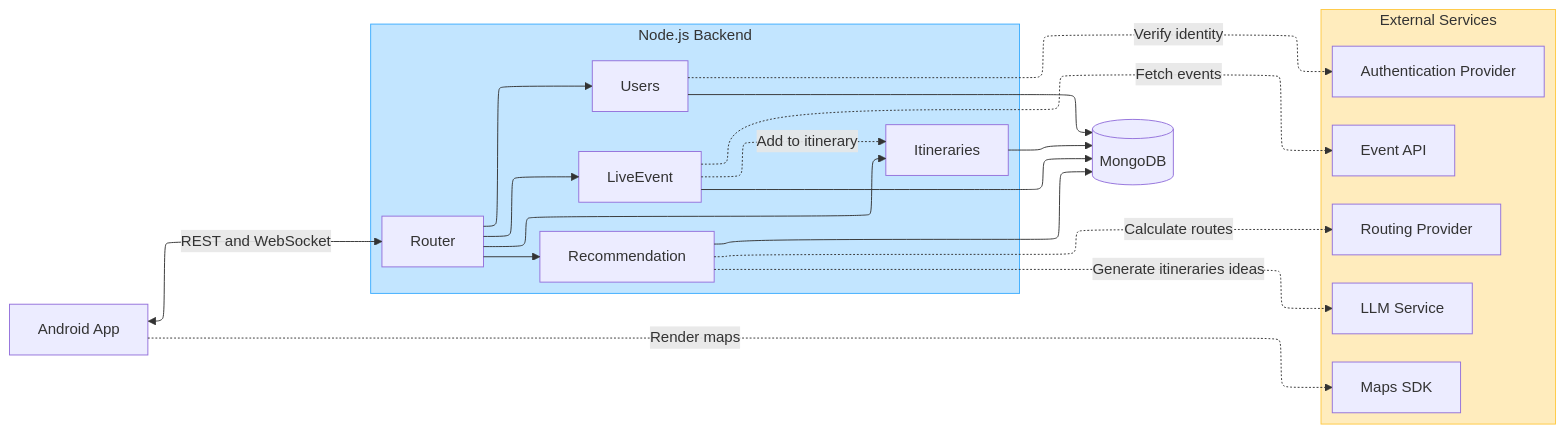
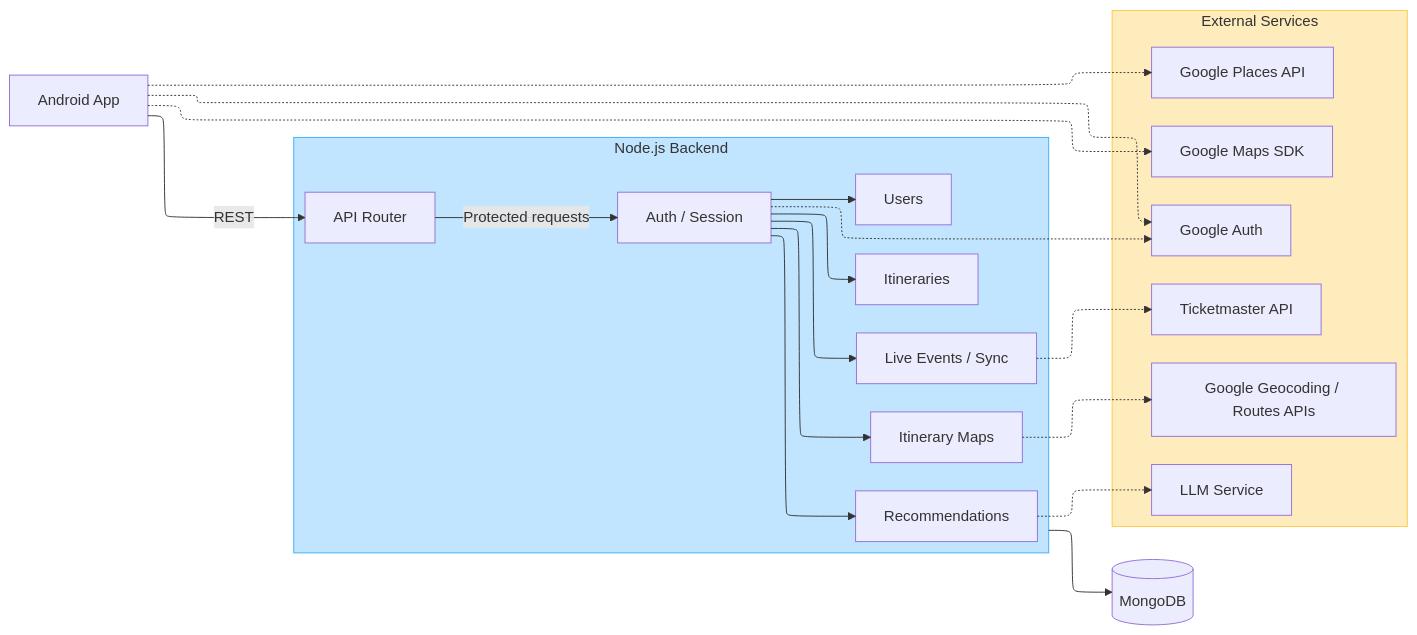
The diagram in documentation/images/dependencies_diagram.mmd (UBC-CPEN-V-321/W2026), drawn with Mermaid before and after one commit. The commit also changed 6 other files, not shown here.

Commit message:
doc: Increase seq diagram resolution; Updated components for dependency diagram

```diff
--- a/documentation/images/dependencies_diagram.mmd
+++ b/documentation/images/dependencies_diagram.mmd
@@ -1,39 +1,43 @@
 ---
 config:
   layout: elk
 ---
 flowchart LR
     android[Android App]
 
     subgraph backend[Node.js Backend]
-        api[Router]
-        account[Users]
+        api[API Router]
+        auth[Auth / Session]
+
+        users[Users]
         itinerary[Itineraries]
-        recommendation[Recommendation]
-        liveEvents[LiveEvent]
+        recommendation[Recommendations]
+        liveEvents[Live Events / Sync]
+        maps[Itinerary Maps]
+
+        api -->|Protected requests| auth
+        auth --> users & itinerary & recommendation & liveEvents & maps
     end
 
     mongo[(MongoDB)]
 
     subgraph external[External Services]
-        authProvider[Authentication Provider]
+        googleAuth[Google Auth]
+        mapsSdk[Google Maps SDK]
+        places[Google Places API]
+        mapsApi[Google Geocoding / Routes APIs]
         llm[LLM Service]
-        routing[Routing Provider]
-        eventApi[Event API]
-        mapsSdk[Maps SDK]
+        eventApi[Ticketmaster API]
     end
 
-    android <-->|REST and WebSocket| api
-    android -.->|Render maps| mapsSdk
+    android -->|REST| api
+    android -.-> googleAuth & mapsSdk & places
 
-    api --> account & itinerary & recommendation & liveEvents
-
-    account & itinerary & recommendation & liveEvents --> mongo
-    account -.->|Verify identity| authProvider
-    recommendation -.->|Generate itineraries ideas| llm
-    recommendation -.->|Calculate routes| routing
-    liveEvents -.->|Fetch events| eventApi
-    liveEvents -.->|Add to itinerary| itinerary
+    auth -.-> googleAuth
+    backend --> mongo
+    recommendation -.-> llm
+    liveEvents -.-> eventApi
+    maps -.-> mapsApi
 
     style backend fill:#C2E5FF,stroke:#3DADFF
     style external fill:#FFECBD,stroke:#FFC943
```
